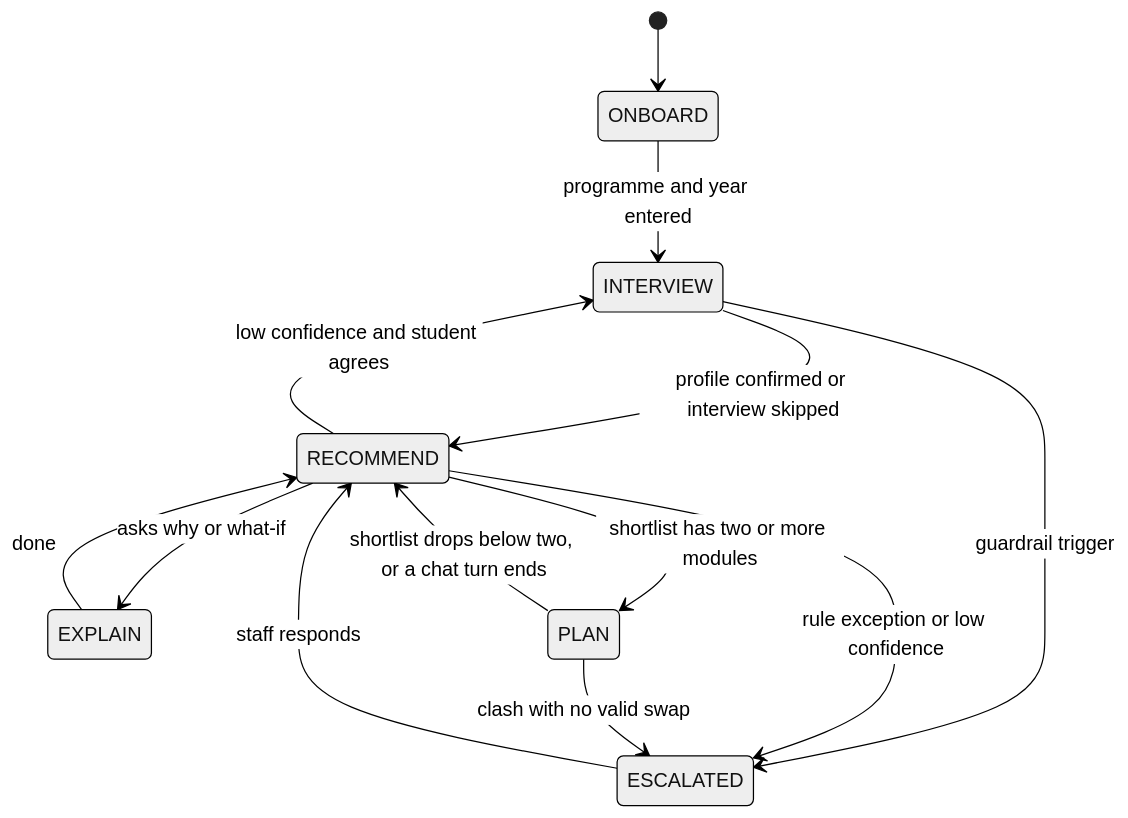
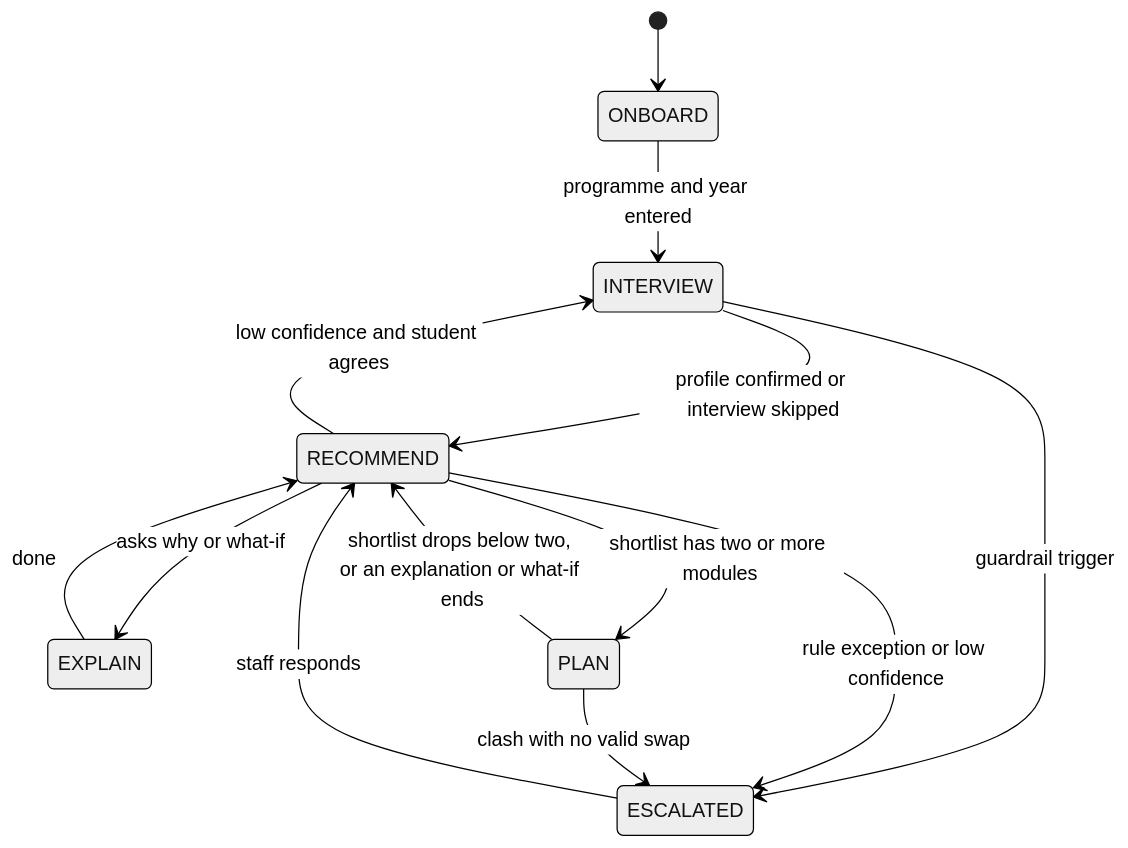
One commit to arnavpopley/imperial-ai-hack changed the second of 2 diagrams in MODULE_MATCHER_SPEC.md. Above: the diagram before and after it, drawn with Mermaid (neutral theme). The commit also changed 6 other files, not shown here.

Commit message:
Chat shortlist edits share the shortlist POST's helper and mode rule, and the chat timetable turn stays in PLAN

````diff
--- a/MODULE_MATCHER_SPEC.md
+++ b/MODULE_MATCHER_SPEC.md
@@ -649,15 +649,15 @@
 ```mermaid
 stateDiagram-v2
   [*] --> ONBOARD
   ONBOARD --> INTERVIEW: programme and year entered
   INTERVIEW --> RECOMMEND: profile confirmed or interview skipped
   RECOMMEND --> EXPLAIN: asks why or what-if
   EXPLAIN --> RECOMMEND: done
   RECOMMEND --> INTERVIEW: low confidence and student agrees
   RECOMMEND --> PLAN: shortlist has two or more modules
-  PLAN --> RECOMMEND: shortlist drops below two, or a chat turn ends
+  PLAN --> RECOMMEND: shortlist drops below two, or an explanation or what-if ends
   INTERVIEW --> ESCALATED: guardrail trigger
   RECOMMEND --> ESCALATED: rule exception or low confidence
   PLAN --> ESCALATED: clash with no valid swap
   ESCALATED --> RECOMMEND: staff responds
 ```
````
